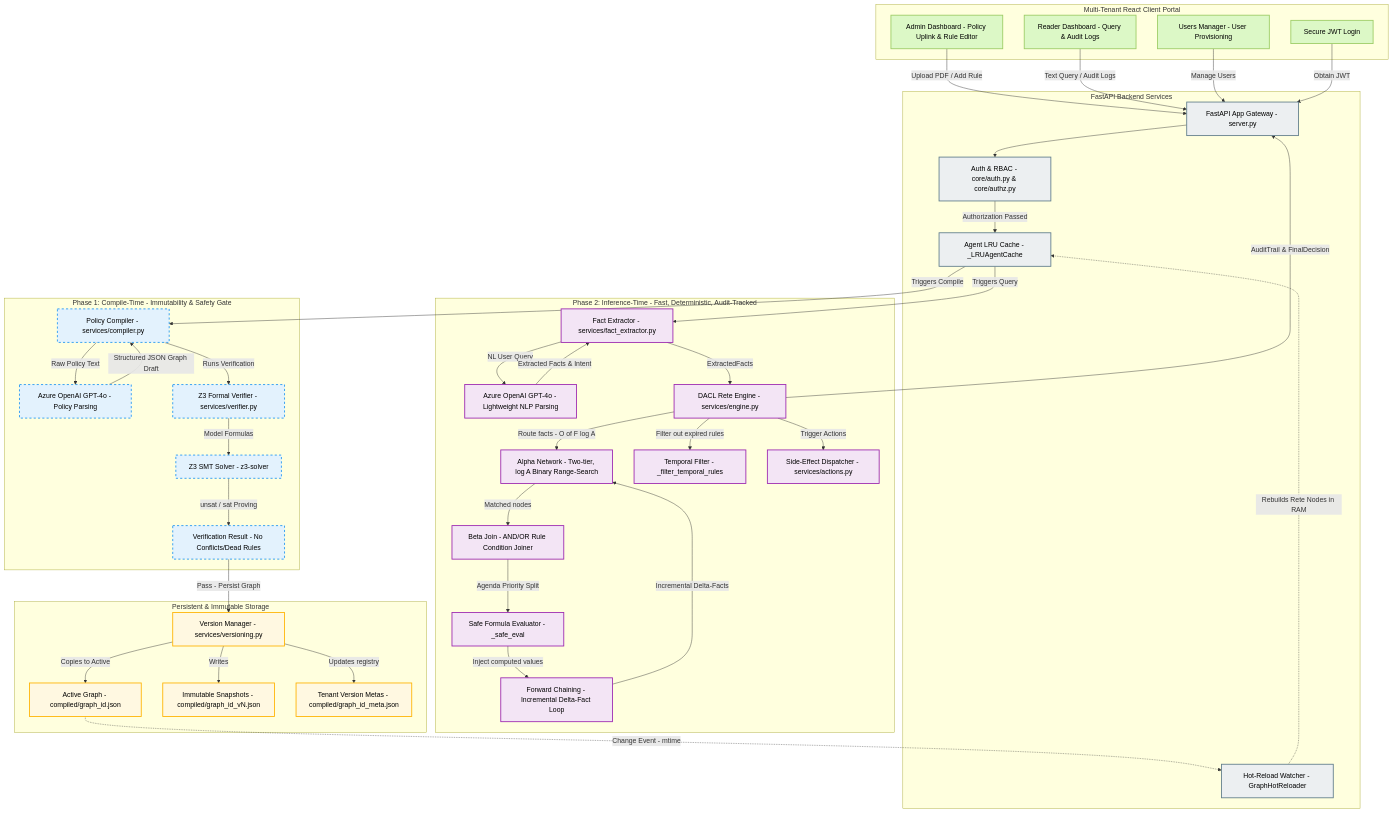
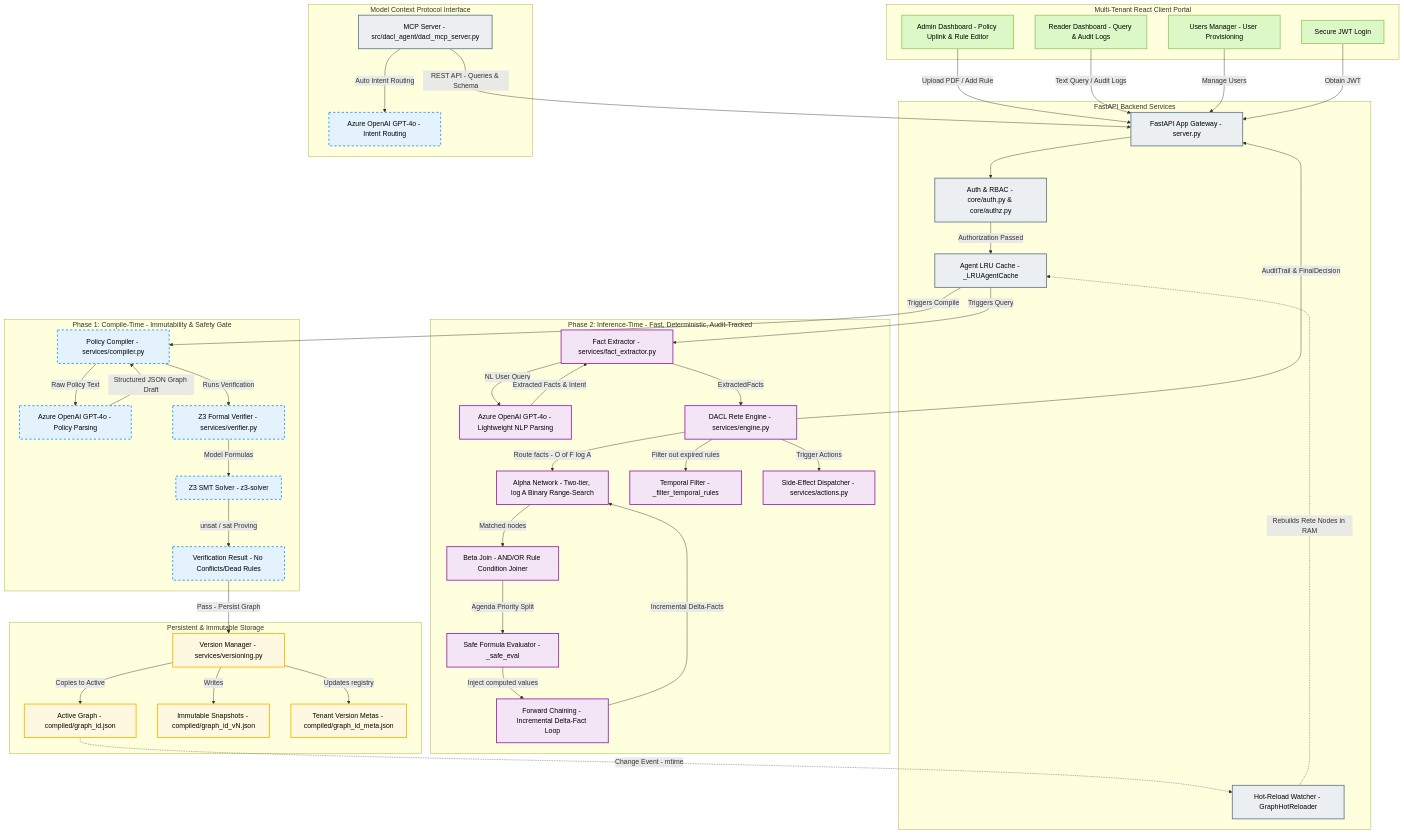
Before and after one commit to Preetham1983/BRN-DACL: the diagram in ARCHITECTURE.md, drawn with Mermaid. The commit also changed other lines of this file and 26 other files, not shown here.

```diff
--- a/ARCHITECTURE.md
+++ b/ARCHITECTURE.md
@@ -73,6 +73,16 @@
     UsersManager -->|Manage Users| API
     Login -->|Obtain JWT| API
 
+    %% MCP Tier
+    subgraph MCPServer ["Model Context Protocol Interface"]
+        MCPApp["MCP Server - src/dacl_agent/dacl_mcp_server.py"]:::server
+        MCPSmartRouter["Azure OpenAI GPT-4o - Intent Routing"]:::compile
+    end
+
+    %% MCP Connections
+    MCPApp -->|REST API - Queries & Schema| API
+    MCPApp -->|Auto Intent Routing| MCPSmartRouter
+
     %% Gateway Routing
     API --> AuthC
     AuthC -->|Authorization Passed| AgentCache
```
